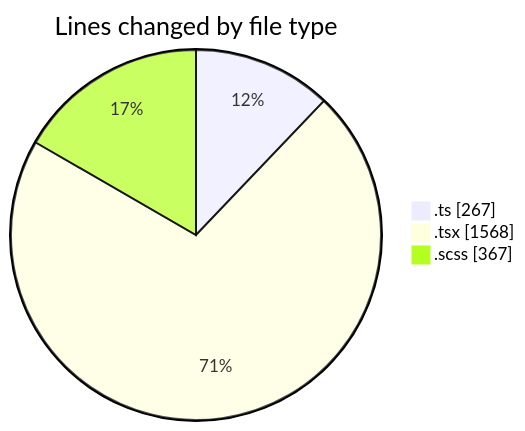
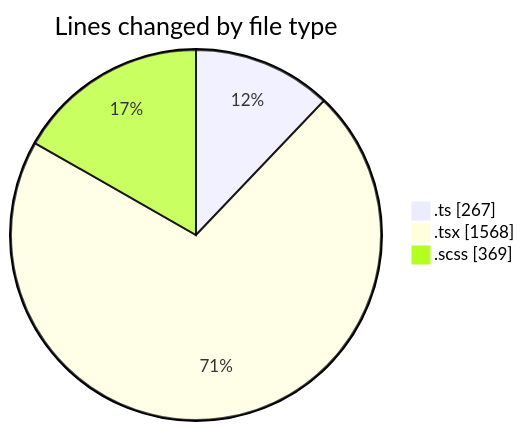
The first of 2 diagrams in 2025-05-01/cda/README.md (momahboobian/code-tracking), drawn with Mermaid before and after one commit. The commit also changed other lines of this file and 1 other file, not shown here.

````diff
--- a/2025-05-01/cda/README.md
+++ b/2025-05-01/cda/README.md
@@ -32,7 +32,7 @@
 ```mermaid
 pie showData
 title Lines changed by file type
 ".ts" : 267
 ".tsx" : 1568
-".scss" : 367
+".scss" : 369
 ```
````
